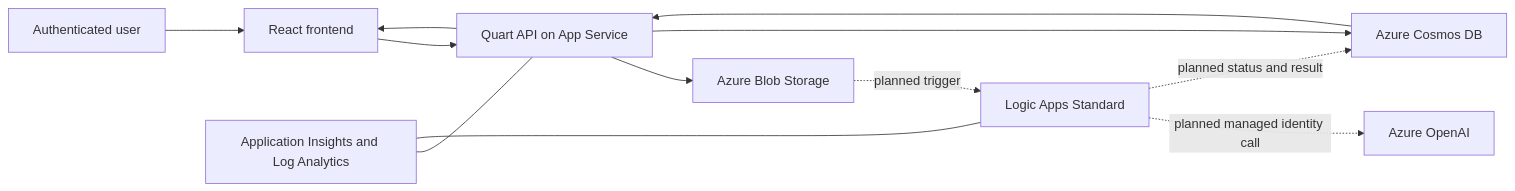
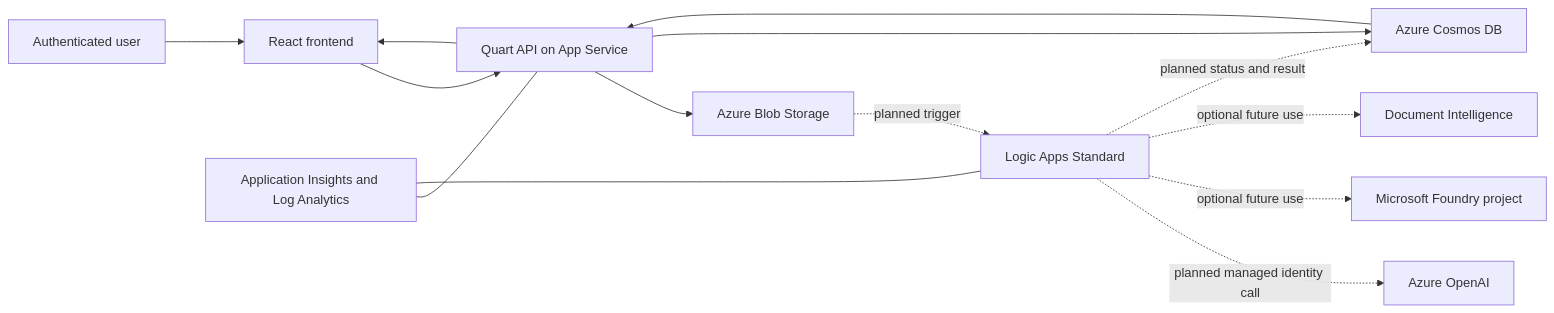
Before and after one commit to lucusc/ai-solution-starter: the diagram in README.md, drawn with Mermaid. The commit also changed other lines of this file and 30 other files, not shown here.

````diff
--- a/README.md
+++ b/README.md
@@ -30,14 +31,16 @@
 ```mermaid
 flowchart LR
     User[Authenticated user] --> Web[React frontend]
     Web --> API[Quart API on App Service]
     API --> Blob[Azure Blob Storage]
     API --> Cosmos[Azure Cosmos DB]
     Blob -. planned trigger .-> Logic[Logic Apps Standard]
     Logic -. planned managed identity call .-> OpenAI[Azure OpenAI]
+    Logic -. optional future use .-> Foundry[Microsoft Foundry project]
+    Logic -. optional future use .-> DocIntel[Document Intelligence]
     Logic -. planned status and result .-> Cosmos
     Cosmos --> API
     API --> Web
     Monitor[Application Insights and Log Analytics] --- API
     Monitor --- Logic
 ```
````
